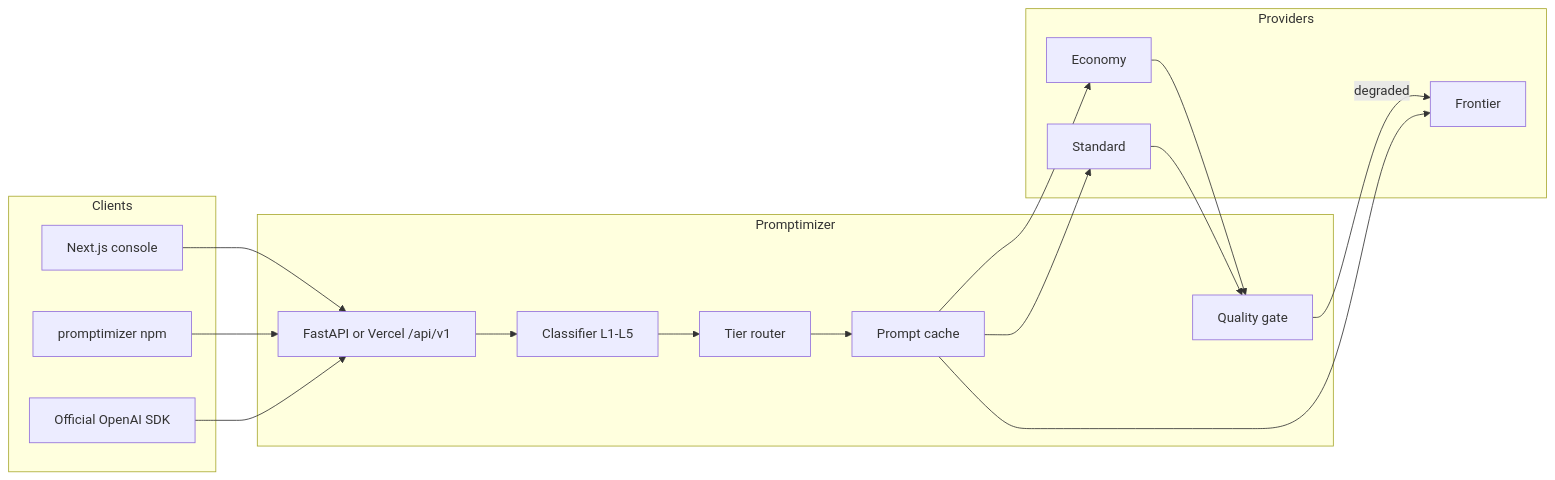
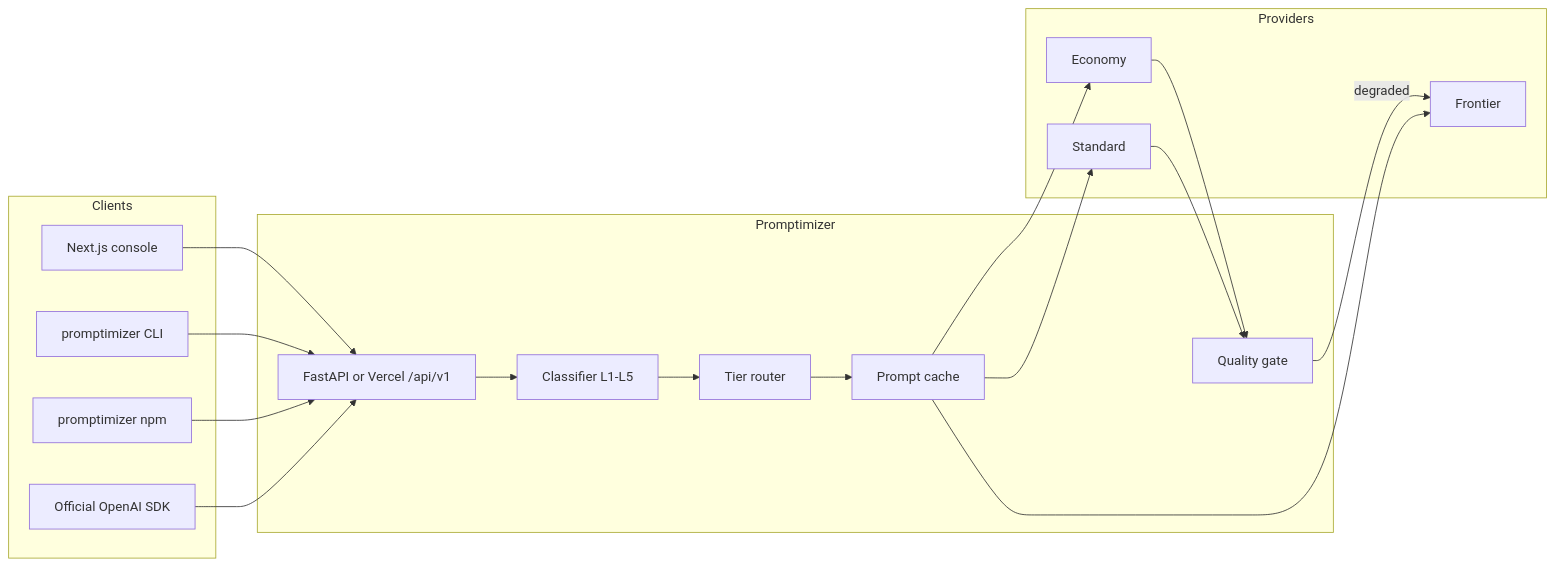
The diagram in README.md (sreecharan-desu/promptimizer), drawn with Mermaid before and after one commit. The commit also changed other lines of this file and 100 other files, not shown here.

````diff
--- a/README.md
+++ b/README.md
@@ -23,34 +23,36 @@
 ```mermaid
 flowchart LR
   subgraph Clients
     Web[Next.js console]
+    CLI[promptimizer CLI]
     SDK[promptimizer npm]
     OpenAI[Official OpenAI SDK]
   end
 
   subgraph Promptimizer
     GW[FastAPI or Vercel /api/v1]
     C[Classifier L1-L5]
     R[Tier router]
     K[Prompt cache]
     Q[Quality gate]
   end
 
   subgraph Providers
     Eco[Economy]
     Std[Standard]
     Fr[Frontier]
   end
 
   Web --> GW
+  CLI --> GW
   SDK --> GW
   OpenAI --> GW
   GW --> C --> R
   R --> K
   K --> Eco
   K --> Std
   K --> Fr
   Eco --> Q
   Std --> Q
   Q -->|degraded| Fr
 ```
````
